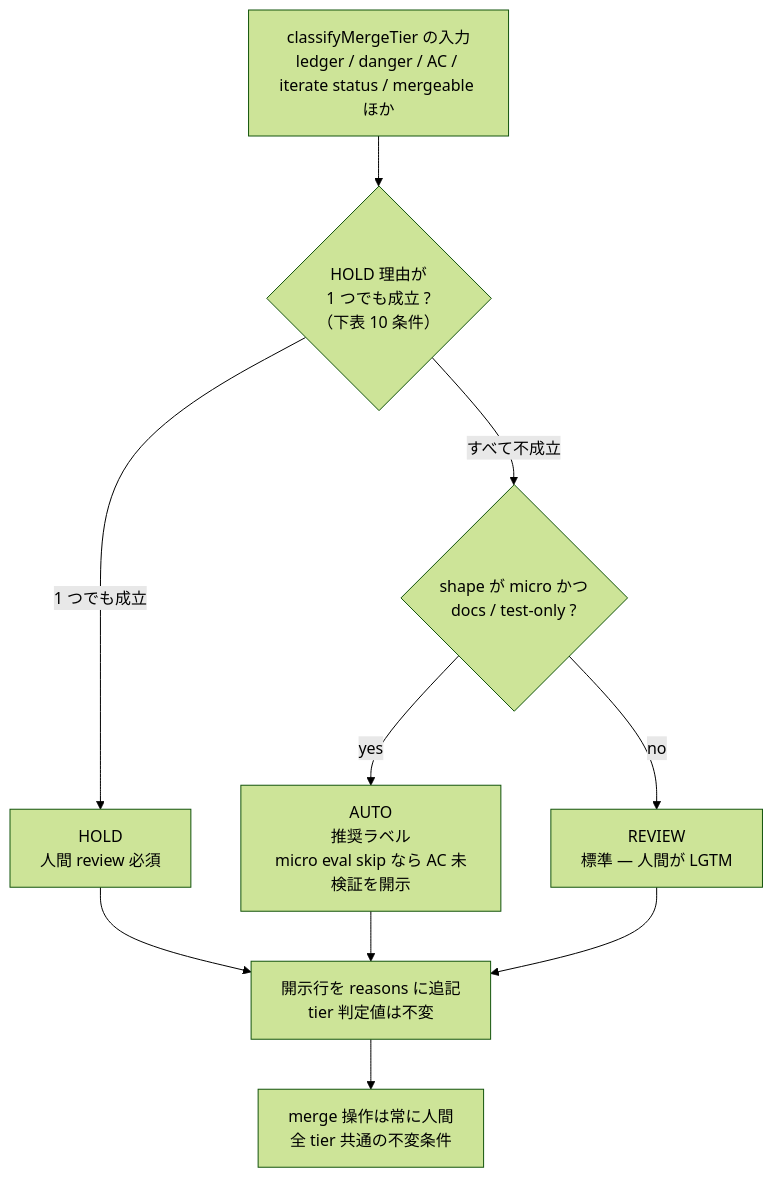
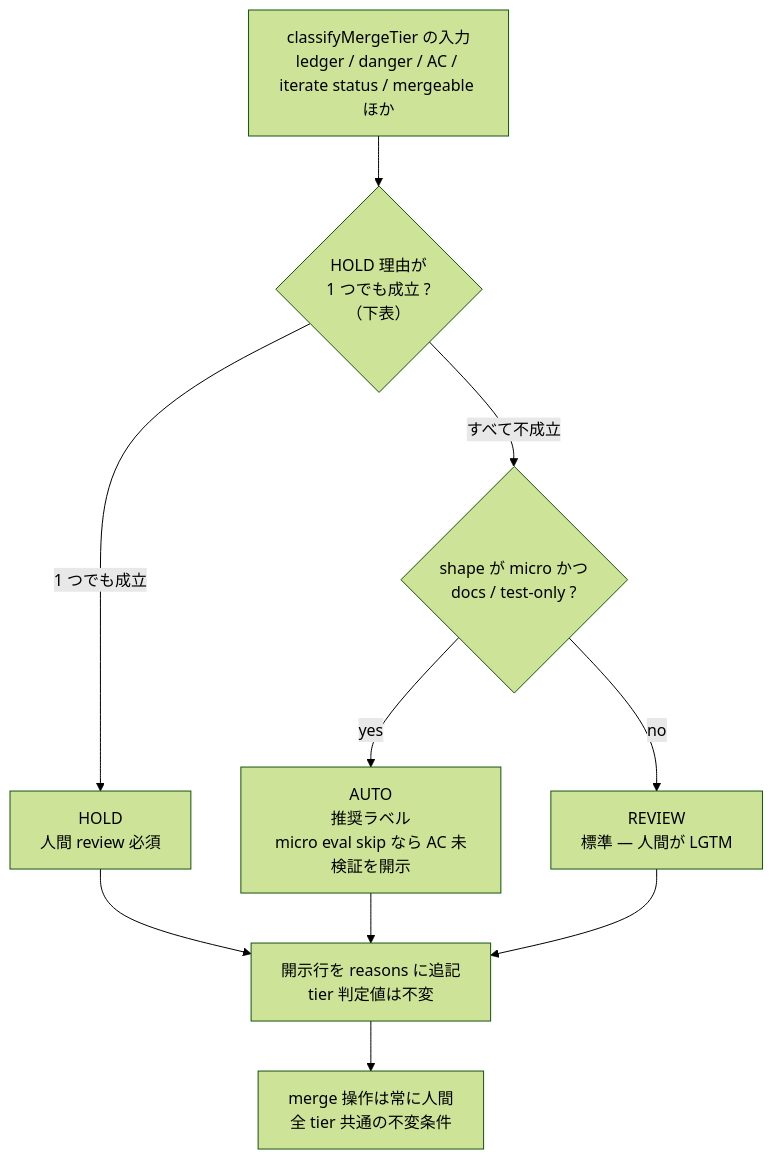
Diagram 13 of 13 in docs/dev-flow-atlas.md (it-all-playpark/skills), drawn with Mermaid (forest theme) before and after one commit. The commit also changed other lines of this file and 6 other files, not shown here.

First line of the commit message:
docs(dev-flow): atlas / pipeline / rules / AGENTS.md の記述が実装より古い（prerun・HOLD 条件・終端 status・LITE 条件ほか） (#897) (#918)

````diff
--- a/docs/dev-flow-atlas.md
+++ b/docs/dev-flow-atlas.md
@@ -371,14 +383,14 @@
 ```mermaid
 flowchart TD
-    IN["classifyMergeTier の入力<br/>ledger / danger / AC / iterate status / mergeable ほか"] --> H{"HOLD 理由が<br/>1 つでも成立 ?<br/>（下表 10 条件）"}
+    IN["classifyMergeTier の入力<br/>ledger / danger / AC / iterate status / mergeable ほか"] --> H{"HOLD 理由が<br/>1 つでも成立 ?<br/>（下表）"}
 
     H -->|"1 つでも成立"| HOLD["HOLD<br/>人間 review 必須"]
     H -->|"すべて不成立"| A{"shape が micro かつ<br/>docs / test-only ?"}
     A -->|yes| AUTO["AUTO<br/>推奨ラベル<br/>micro eval skip なら AC 未検証を開示"]
     A -->|no| REVIEW["REVIEW<br/>標準 — 人間が LGTM"]
 
     HOLD --> D["開示行を reasons に追記<br/>tier 判定値は不変"]
     AUTO --> D
     REVIEW --> D
     D --> M["merge 操作は常に人間<br/>全 tier 共通の不変条件"]
 ```
````
